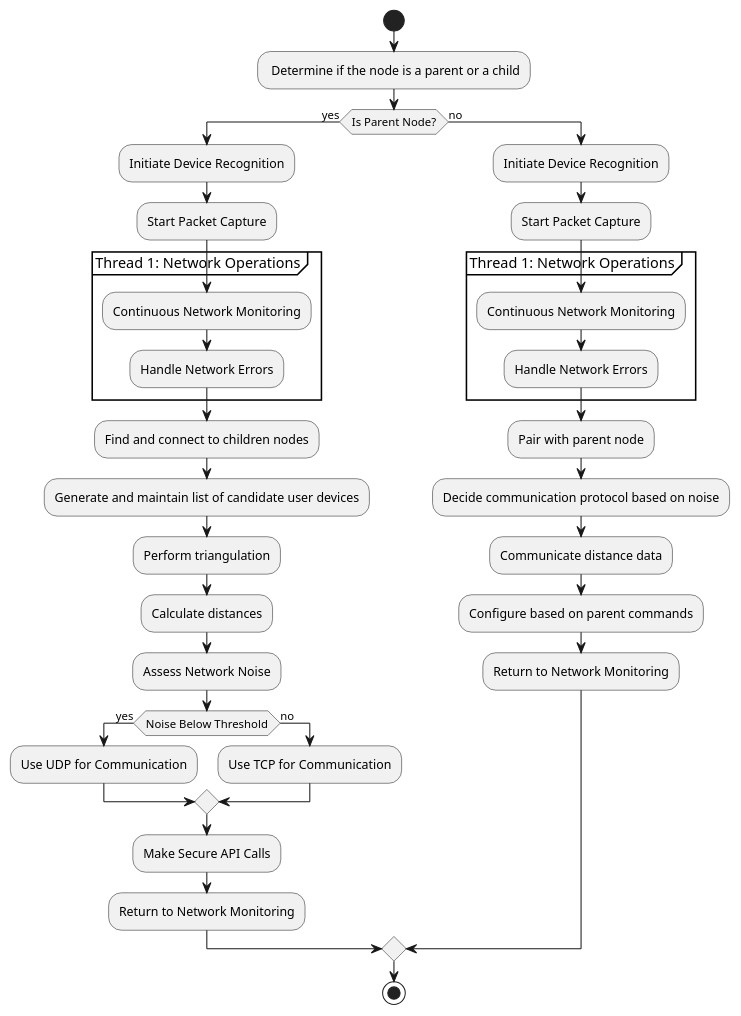
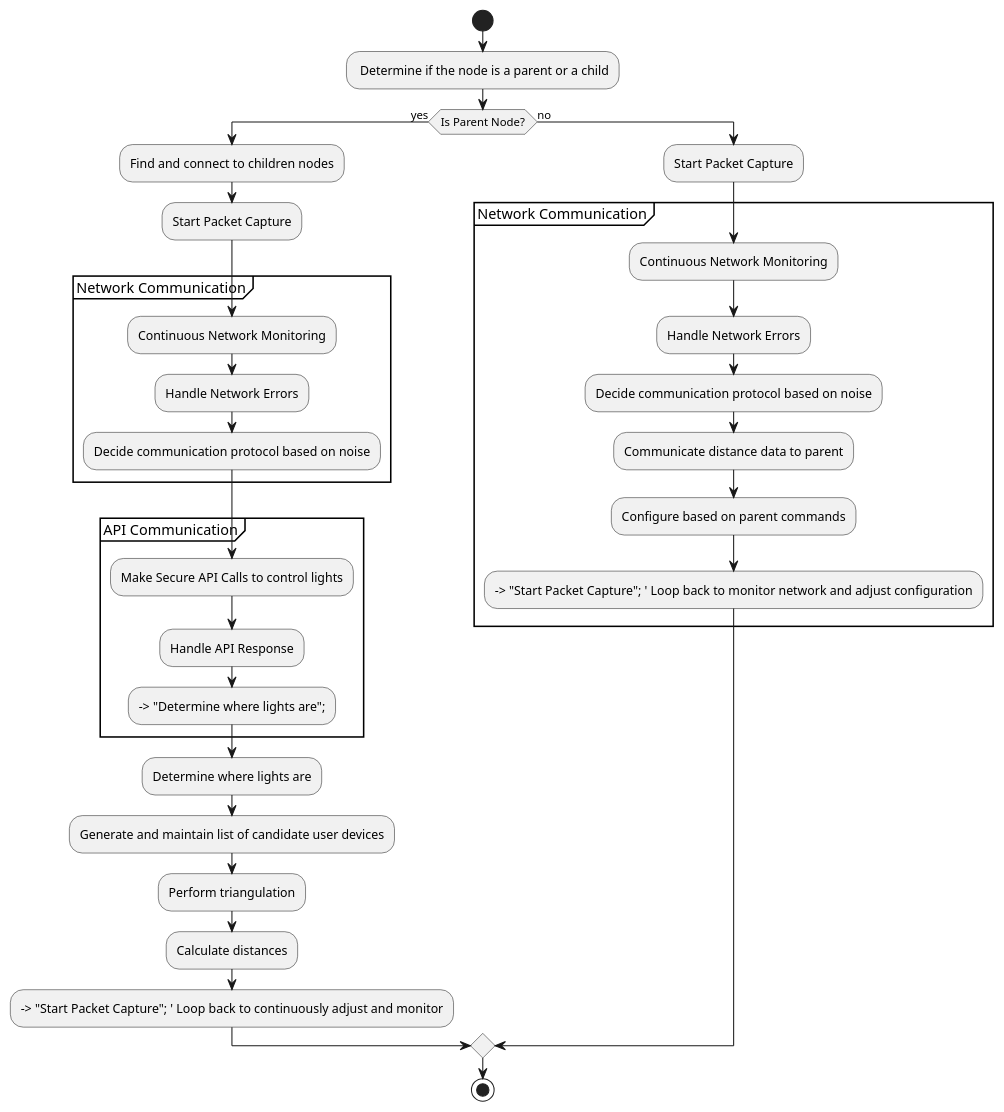
The diagram in plan.puml (lhofstetter/ProjectIntegrate), drawn with PlantUML before and after one commit.

```diff
--- a/plan.puml
+++ b/plan.puml
@@ -1,41 +1,36 @@
 @startuml
 start
 : Determine if the node is a parent or a child;
 
 if (Is Parent Node?) then (yes)
-    :Initiate Device Recognition;
+    :Find and connect to children nodes;
     :Start Packet Capture;
-    'Explicitly indicating threading
-    partition "Thread 1: Network Operations" {
+    partition "Network Communication" {
         :Continuous Network Monitoring;
         :Handle Network Errors;
+        :Decide communication protocol based on noise;
     }
-    :Find and connect to children nodes;
+    partition "API Communication" {
+        :Make Secure API Calls to control lights;
+        :Handle API Response;
+        --> "Determine where lights are";
+    }
+    :Determine where lights are;
     :Generate and maintain list of candidate user devices;
     :Perform triangulation;
     :Calculate distances;
-    :Assess Network Noise;
-    if (Noise Below Threshold) then (yes)
-        :Use UDP for Communication;
-    else (no)
-        :Use TCP for Communication;
-    endif
-    :Make Secure API Calls;
-    :Return to Network Monitoring;
+    --> "Start Packet Capture"; ' Loop back to continuously adjust and monitor
 else (no)
-    :Initiate Device Recognition;
     :Start Packet Capture;
-    'Explicitly indicating threading
-    partition "Thread 1: Network Operations" {
+    partition "Network Communication" {
         :Continuous Network Monitoring;
         :Handle Network Errors;
+        :Decide communication protocol based on noise;
+        :Communicate distance data to parent;
+        :Configure based on parent commands;
+        --> "Start Packet Capture"; ' Loop back to monitor network and adjust configuration
     }
-    :Pair with parent node;
-    :Decide communication protocol based on noise;
-    :Communicate distance data;
-    :Configure based on parent commands;
-    :Return to Network Monitoring;
 endif
 
 stop
 @enduml
```
